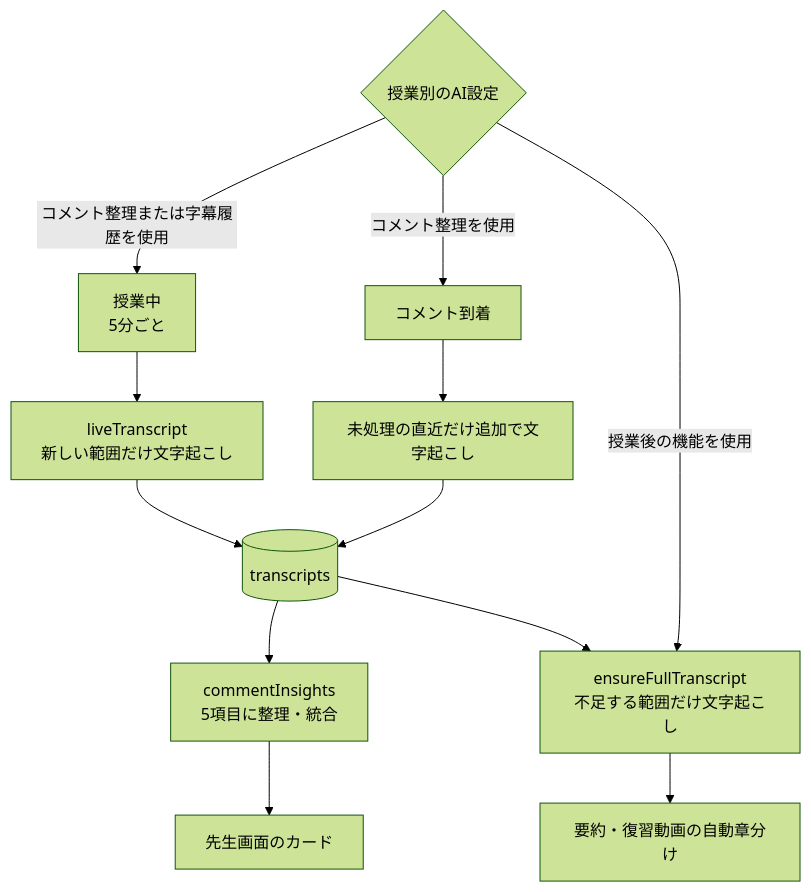
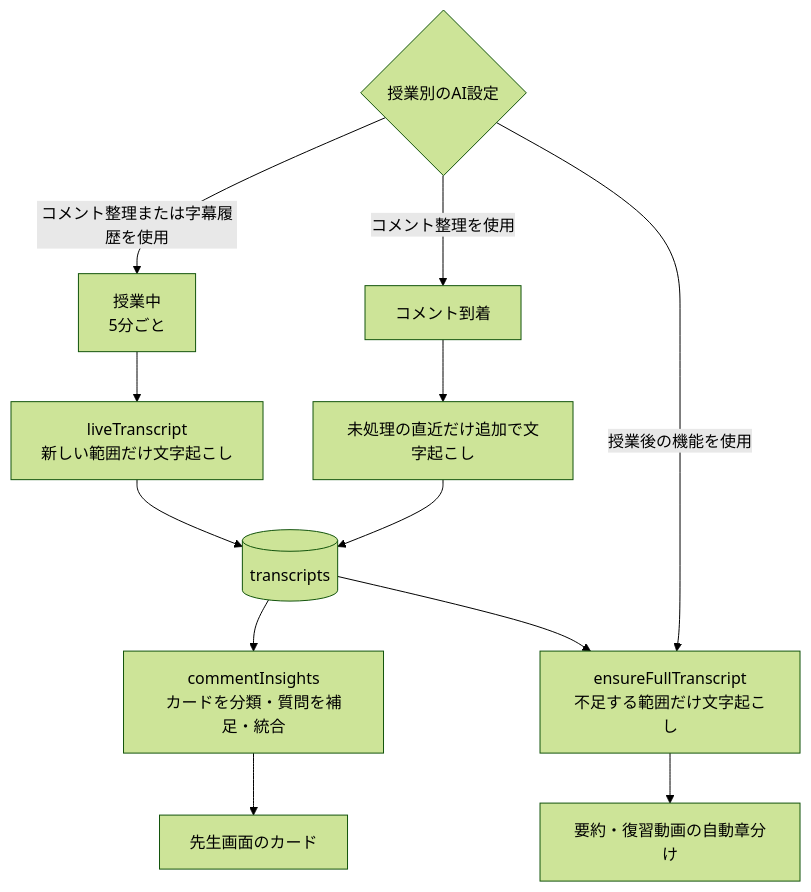
The third of 3 diagrams in docs/ARCHITECTURE.md (424m-lang/enkaku-jugyou), drawn with Mermaid (forest theme) before and after one commit. The commit also changed other lines of this file and 11 other files, not shown here.

````diff
--- a/docs/ARCHITECTURE.md
+++ b/docs/ARCHITECTURE.md
@@ -194,15 +215,15 @@
 ```mermaid
 flowchart TD
   S{"授業別のAI設定"}
   S -->|"コメント整理または字幕履歴を使用"| A["授業中<br/>5分ごと"]
   A --> B["liveTranscript<br/>新しい範囲だけ文字起こし"]
   B --> C[("transcripts")]
   S -->|"コメント整理を使用"| D["コメント到着"]
   D --> E["未処理の直近だけ追加で文字起こし"]
   E --> C
-  C --> F["commentInsights<br/>5項目に整理・統合"]
+  C --> F["commentInsights<br/>カードを分類・質問を補足・統合"]
   F --> G["先生画面のカード"]
   S -->|"授業後の機能を使用"| H["ensureFullTranscript<br/>不足する範囲だけ文字起こし"]
   C --> H
   H --> I["要約・復習動画の自動章分け"]
 ```
````
